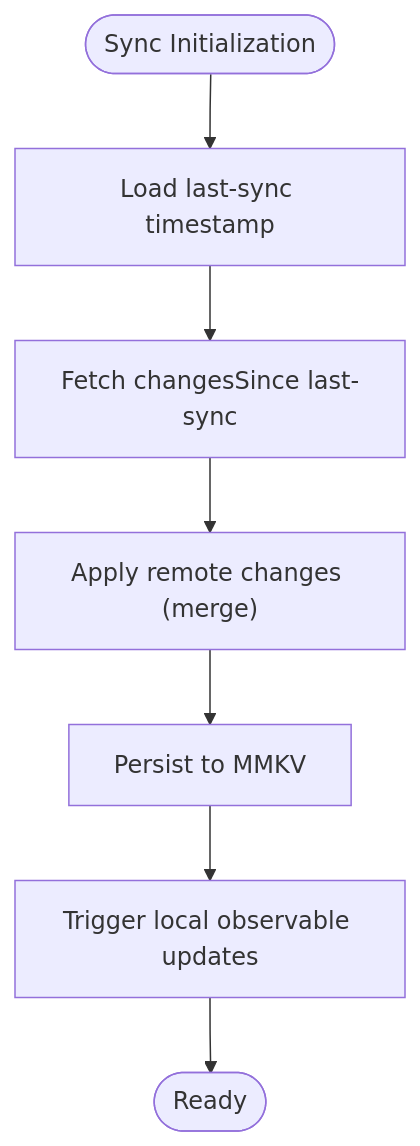
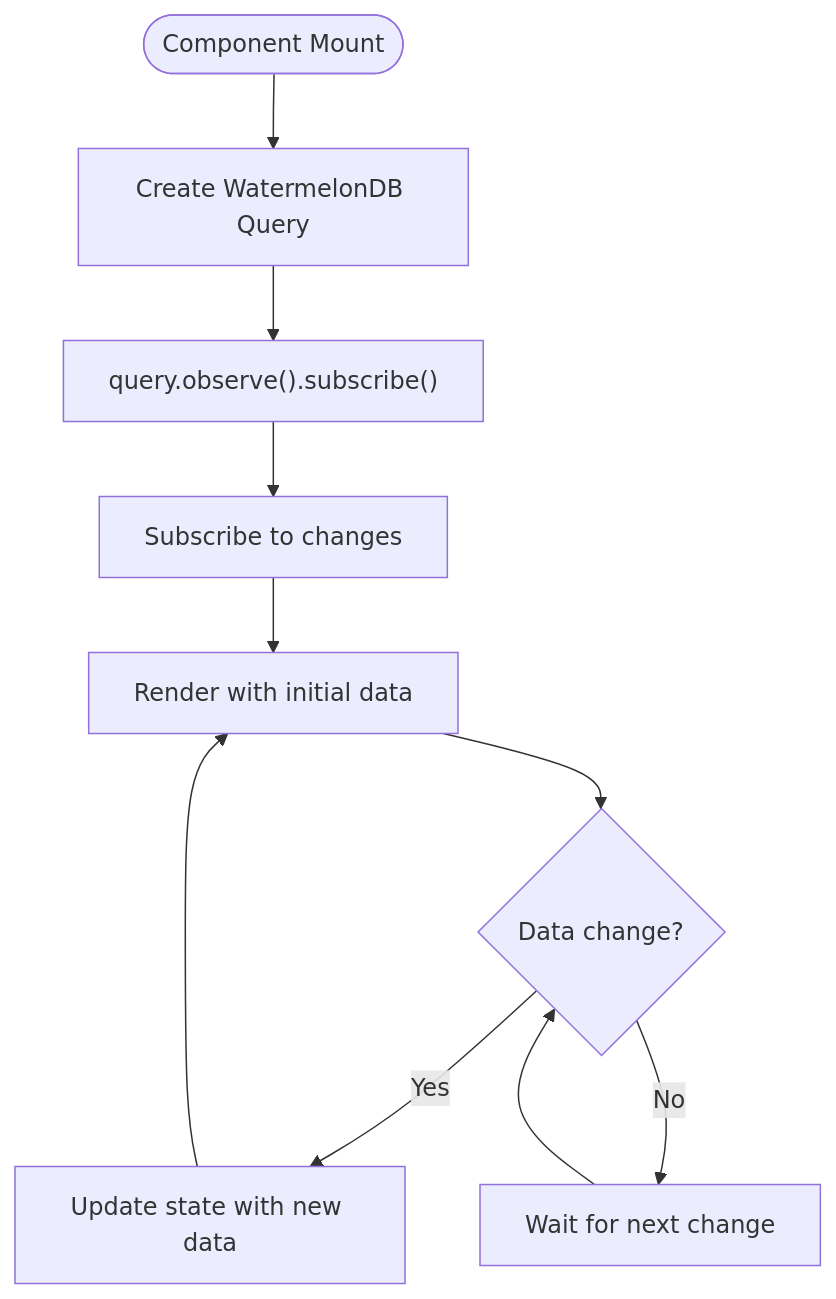
One commit to karllasouzza/PowerLists changed the fourth of 8 diagrams in .qoder/repowiki/en/content/State Management Architecture/Synchronization Strategies and Conflict Resolution.md. Above: the diagram before and after it, drawn with Mermaid. The commit also changed other lines of this file and 5 other files, not shown here.

````diff
--- a/.qoder/repowiki/en/content/State Management Architecture/Synchronization Strategies and Conflict Resolution.md
+++ b/.qoder/repowiki/en/content/State Management Architecture/Synchronization Strategies and Conflict Resolution.md
@@ -136,9 +212,12 @@
 ```mermaid
 flowchart TD
-Start(["Sync Initialization"]) --> LoadLast["Load last-sync timestamp"]
-LoadLast --> FetchChanges["Fetch changesSince last-sync"]
-FetchChanges --> ApplyRemote["Apply remote changes (merge)"]
-ApplyRemote --> Persist["Persist to MMKV"]
-Persist --> TriggerLocal["Trigger local observable updates"]
-TriggerLocal --> End(["Ready"])
+Start(["Component Mount"]) --> Query["Create WatermelonDB Query"]
+Query --> Observe["query.observe().subscribe()"]
+Observe --> Subscribe["Subscribe to changes"]
+Subscribe --> Render["Render with initial data"]
+Render --> Change{"Data change?"}
+Change --> |Yes| Update["Update state with new data"]
+Update --> Render
+Change --> |No| Wait["Wait for next change"]
+Wait --> Change
 ```
````
